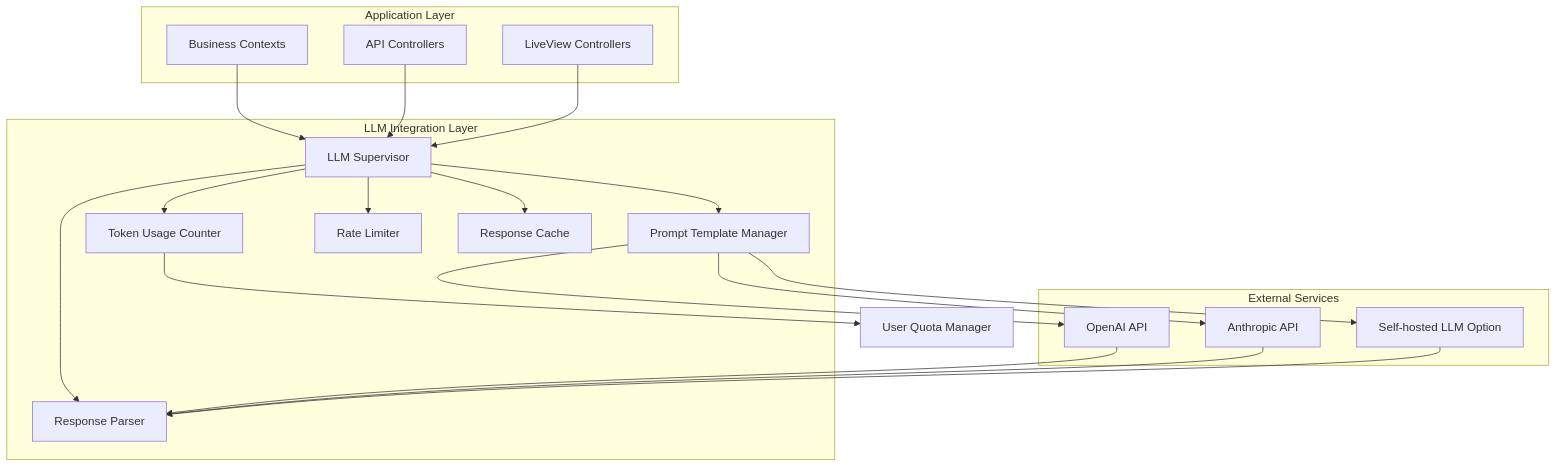
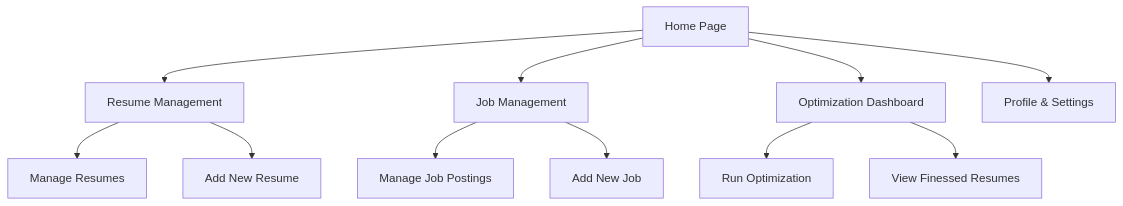
Before and after one commit to peguesj/rand_rr: the ninth of 12 diagrams in README.md, drawn with Mermaid. The commit also changed other lines of this file, not shown here.

Commit message:
feat: expansion of planning diagrams to merge current dev into future planning

````diff
--- a/README.md
+++ b/README.md
@@ -756,43 +730,22 @@
 ```mermaid
 graph TD
-    subgraph "Application Layer"
-        API[API Controllers]
-        LiveViews[LiveView Controllers]
-        Contexts[Business Contexts]
-    end
+    A[Home Page]
+    B[Resume Management]
+    C[Job Management]
+    D[Optimization Dashboard]
+    E[Profile & Settings]
 
-    subgraph "LLM Integration Layer"
-        LLMSupervisor[LLM Supervisor]
-        PromptTemplate[Prompt Template Manager]
-        ResponseParser[Response Parser]
-        TokenCounter[Token Usage Counter]
-        RateLimiter[Rate Limiter]
-        Cache[Response Cache]
-    end
+    A --> B
+    A --> C
+    A --> D
+    A --> E
 
-    subgraph "External Services"
-        OpenAI[OpenAI API]
-        Anthropic[Anthropic API]
-        LocalLLM[Self-hosted LLM Option]
-    end
+    B --> B1[Manage Resumes]
+    B --> B2[Add New Resume]
 
-    Contexts --> LLMSupervisor
-    API --> LLMSupervisor
-    LiveViews --> LLMSupervisor
+    C --> C1[Manage Job Postings]
+    C --> C2[Add New Job]
 
-    LLMSupervisor --> PromptTemplate
-    LLMSupervisor --> ResponseParser
-    LLMSupervisor --> TokenCounter
-    LLMSupervisor --> RateLimiter
-    LLMSupervisor --> Cache
-
-    PromptTemplate --> OpenAI
-    PromptTemplate --> Anthropic
-    PromptTemplate --> LocalLLM
-
-    OpenAI --> ResponseParser
-    Anthropic --> ResponseParser
-    LocalLLM --> ResponseParser
-
-    TokenCounter --> UserQuota[User Quota Manager]
+    D --> D1[Run Optimization]
+    D --> D2[View Finessed Resumes]
 ```
````
